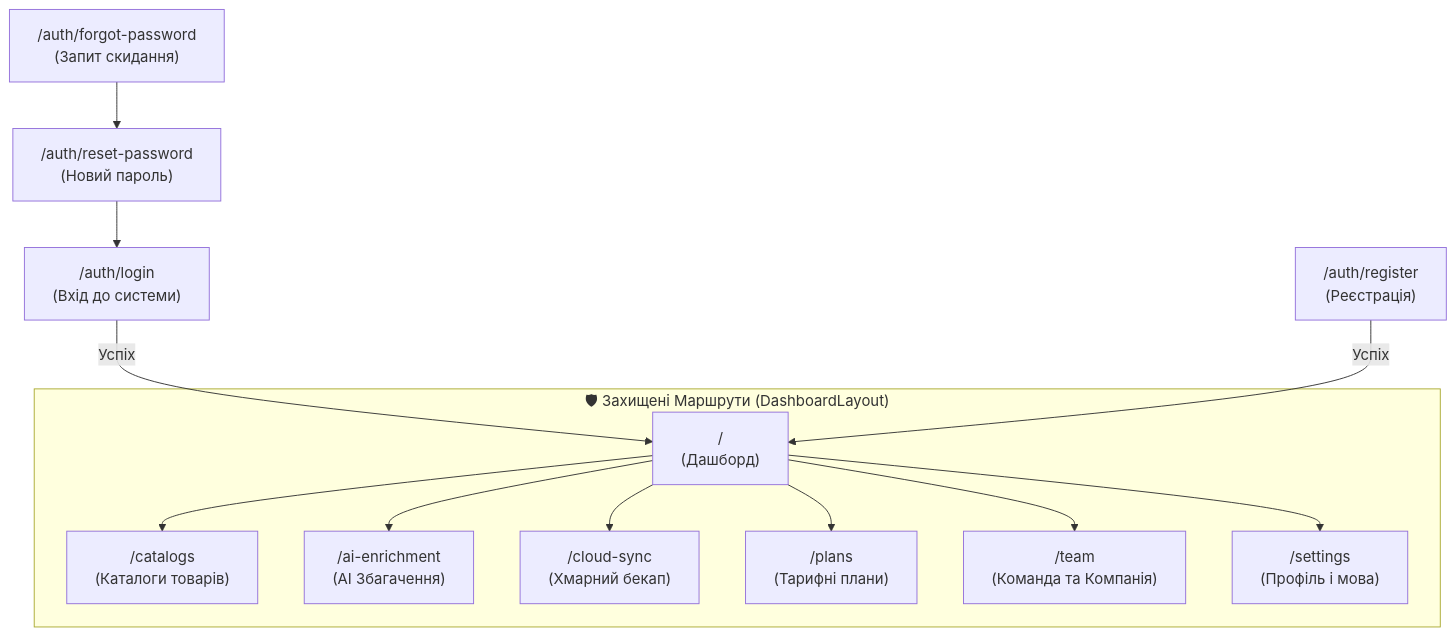
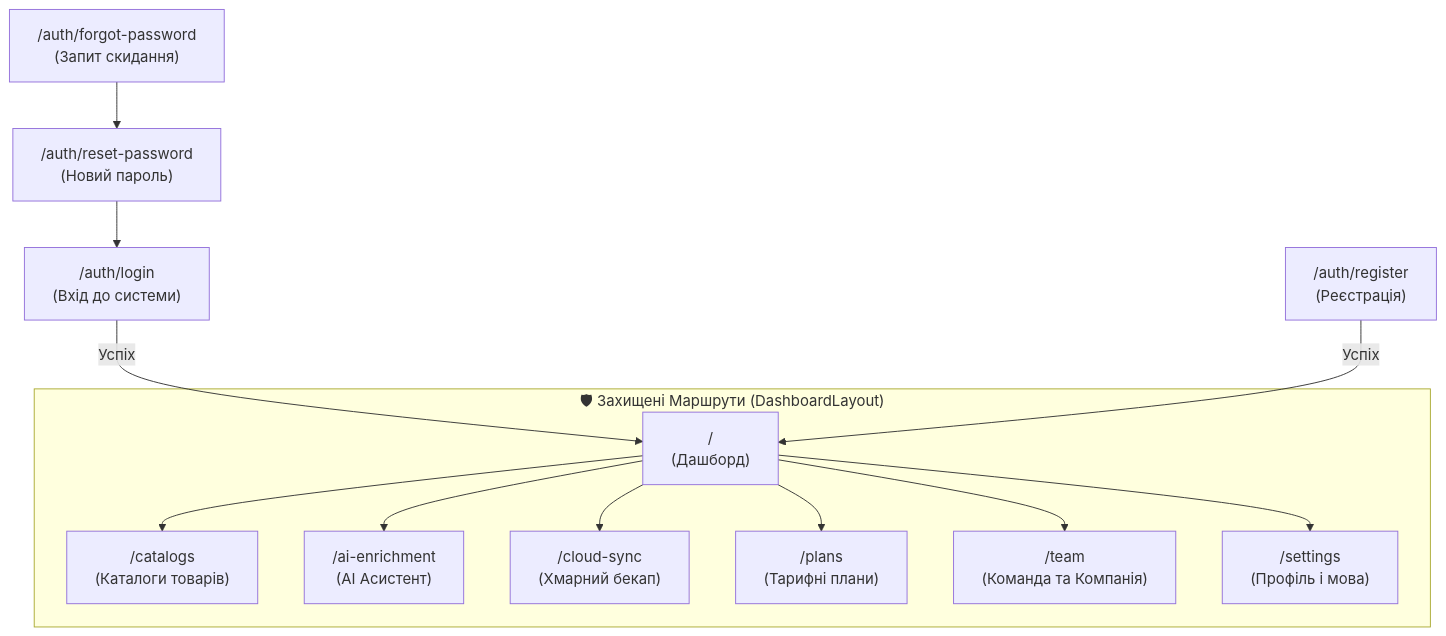
One commit to OlegFutornoi/SmartFeedStudio changed the diagram in wiki/05-desktop-client/pages-and-features.md. Above: the diagram before and after it, drawn with Mermaid. The commit also changed other lines of this file and 48 other files, not shown here.

````diff
--- a/wiki/05-desktop-client/pages-and-features.md
+++ b/wiki/05-desktop-client/pages-and-features.md
@@ -5,15 +5,15 @@
 ```mermaid
 graph TD
     Login["/auth/login\n(Вхід до системи)"] -->|Успіх| Home["/\n(Дашборд)"]
     Register["/auth/register\n(Реєстрація)"] -->|Успіх| Home
     Forgot["/auth/forgot-password\n(Запит скидання)"] --> Reset["/auth/reset-password\n(Новий пароль)"] --> Login
 
     subgraph Private["🛡 Захищені Маршрути (DashboardLayout)"]
         Home --> Catalogs["/catalogs\n(Каталоги товарів)"]
-        Home --> AI["/ai-enrichment\n(AI Збагачення)"]
+        Home --> AI["/ai-enrichment\n(AI Асистент)"]
         Home --> Cloud["/cloud-sync\n(Хмарний бекап)"]
         Home --> Plans["/plans\n(Тарифні плани)"]
         Home --> Team["/team\n(Команда та Компанія)"]
         Home --> Settings["/settings\n(Профіль і мова)"]
     end
 ```
````
